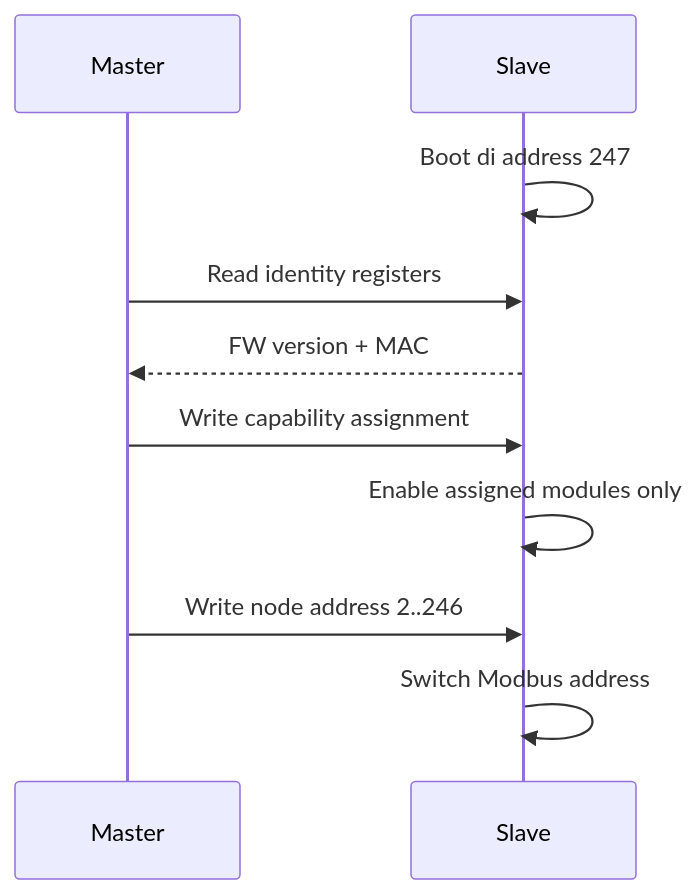
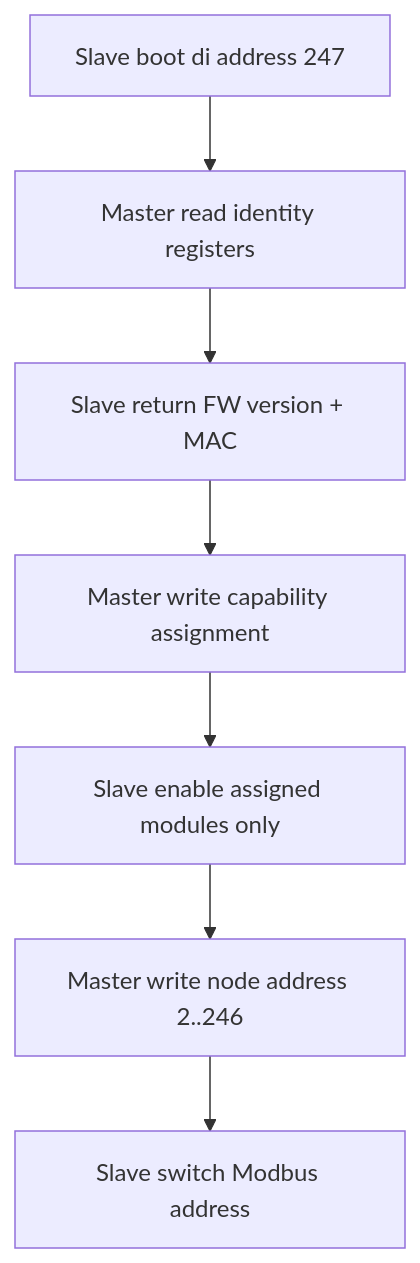
One commit to hazzma/hk-Slave-v1-smartbuilding changed the third of 6 diagrams in hk-Slave-v1-smartbuilding-main/README.md. Above: the diagram before and after it, drawn with Mermaid. The commit also changed other lines of this file, not shown here.

Commit message:
docs: update README flowchart structures and decision paths

````diff
--- a/hk-Slave-v1-smartbuilding-main/README.md
+++ b/hk-Slave-v1-smartbuilding-main/README.md
@@ -133,13 +133,9 @@
 ```mermaid
-sequenceDiagram
-    participant M as Master
-    participant S as Slave
-
-    S->>S: Boot di address 247
-    M->>S: Read identity registers
-    S-->>M: FW version + MAC
-    M->>S: Write capability assignment
-    S->>S: Enable assigned modules only
-    M->>S: Write node address 2..246
-    S->>S: Switch Modbus address
+flowchart TD
+    A[Slave boot di address 247] --> B[Master read identity registers]
+    B --> C[Slave return FW version + MAC]
+    C --> D[Master write capability assignment]
+    D --> E[Slave enable assigned modules only]
+    E --> F[Master write node address 2..246]
+    F --> G[Slave switch Modbus address]
 ```
````
